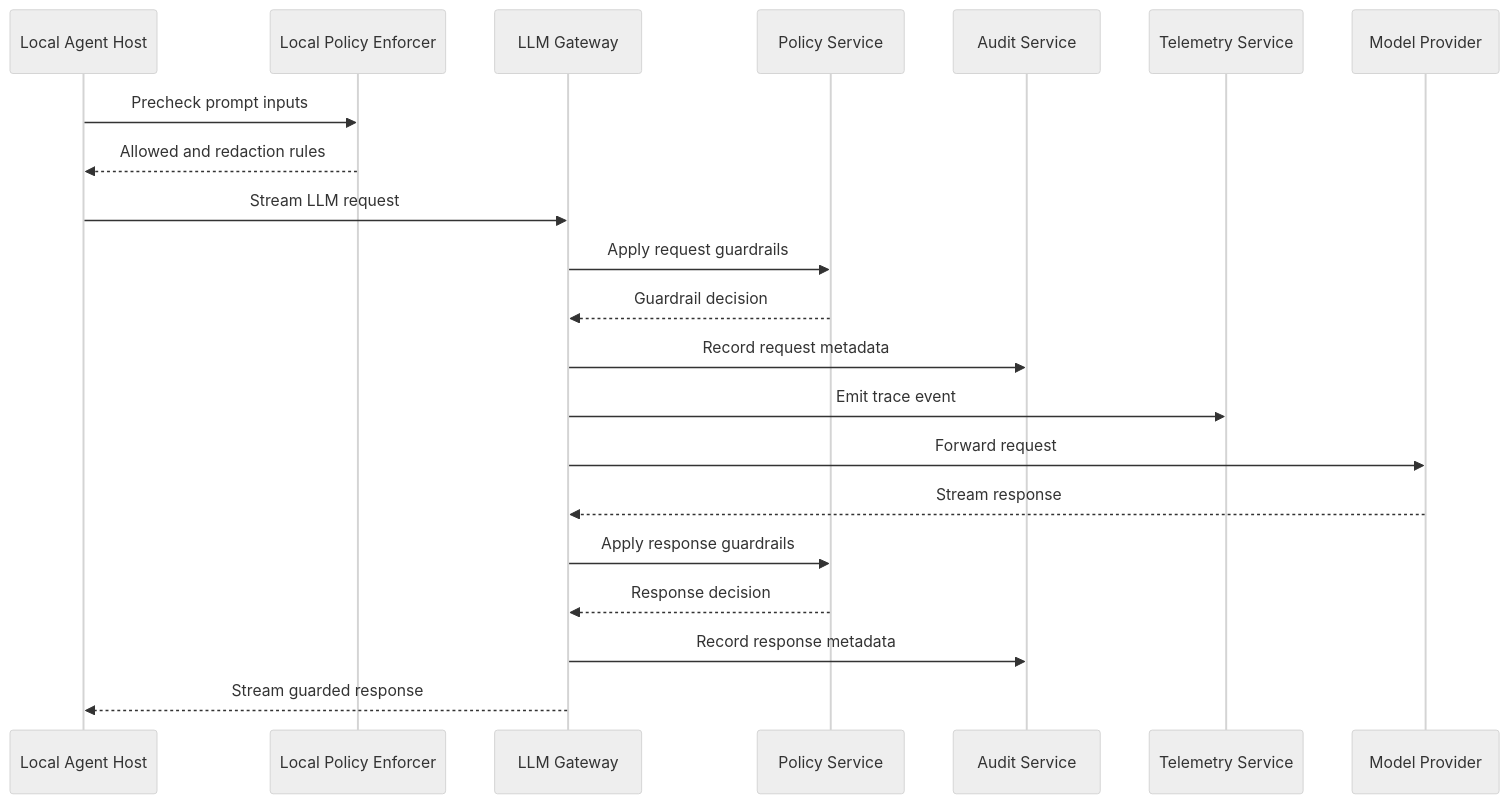
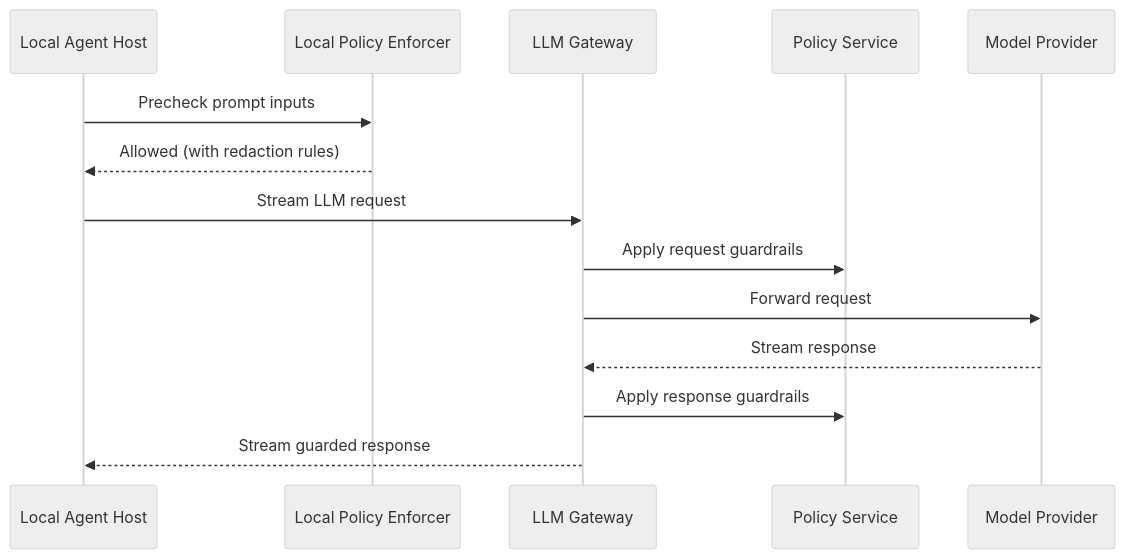
One commit to suman724/local-agent-loop changed the third of 6 diagrams in local-agent-loop-design.md. Above: the diagram before and after it, drawn with Mermaid (neutral theme). The commit also changed other lines of this file and 7 other files, not shown here.

````diff
--- a/local-agent-loop-design.md
+++ b/local-agent-loop-design.md
@@ -687,24 +215,17 @@
 ```mermaid
 sequenceDiagram
   participant LocalAgentHost as Local Agent Host
   participant LocalPolicyEnforcer as Local Policy Enforcer
   participant LLMGateway as LLM Gateway
   participant PolicyService as Policy Service
-  participant AuditService as Audit Service
-  participant TelemetryService as Telemetry Service
   participant ModelProvider as Model Provider
 
   LocalAgentHost->>LocalPolicyEnforcer: Precheck prompt inputs
-  LocalPolicyEnforcer-->>LocalAgentHost: Allowed and redaction rules
+  LocalPolicyEnforcer-->>LocalAgentHost: Allowed (with redaction rules)
   LocalAgentHost->>LLMGateway: Stream LLM request
   LLMGateway->>PolicyService: Apply request guardrails
-  PolicyService-->>LLMGateway: Guardrail decision
-  LLMGateway->>AuditService: Record request metadata
-  LLMGateway->>TelemetryService: Emit trace event
   LLMGateway->>ModelProvider: Forward request
   ModelProvider-->>LLMGateway: Stream response
   LLMGateway->>PolicyService: Apply response guardrails
-  PolicyService-->>LLMGateway: Response decision
-  LLMGateway->>AuditService: Record response metadata
   LLMGateway-->>LocalAgentHost: Stream guarded response
 ```
````
